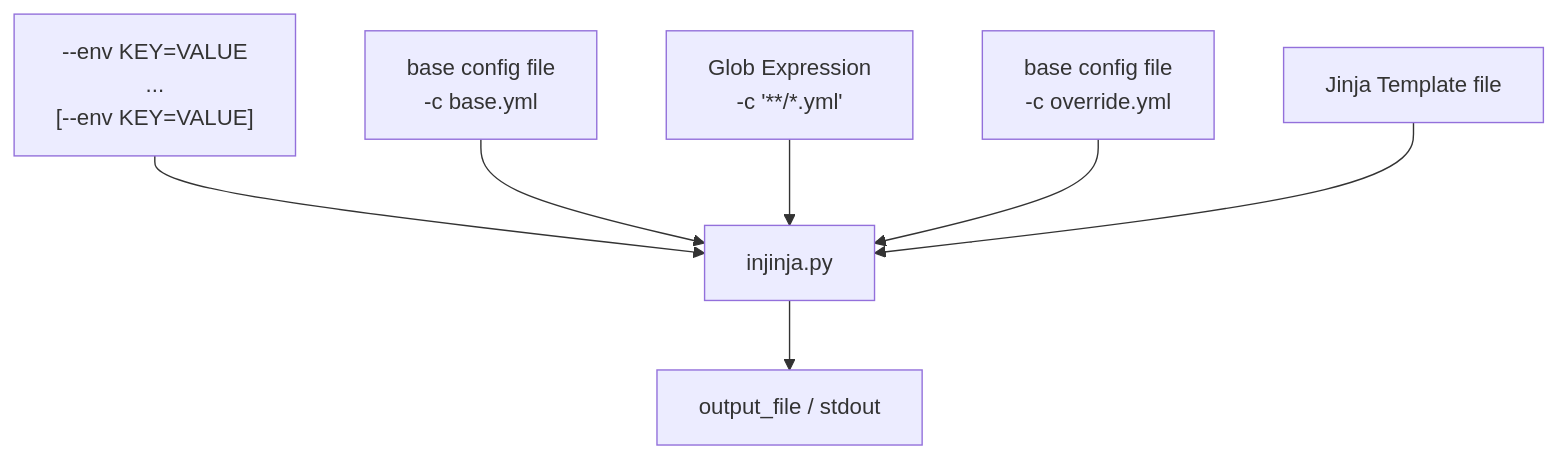
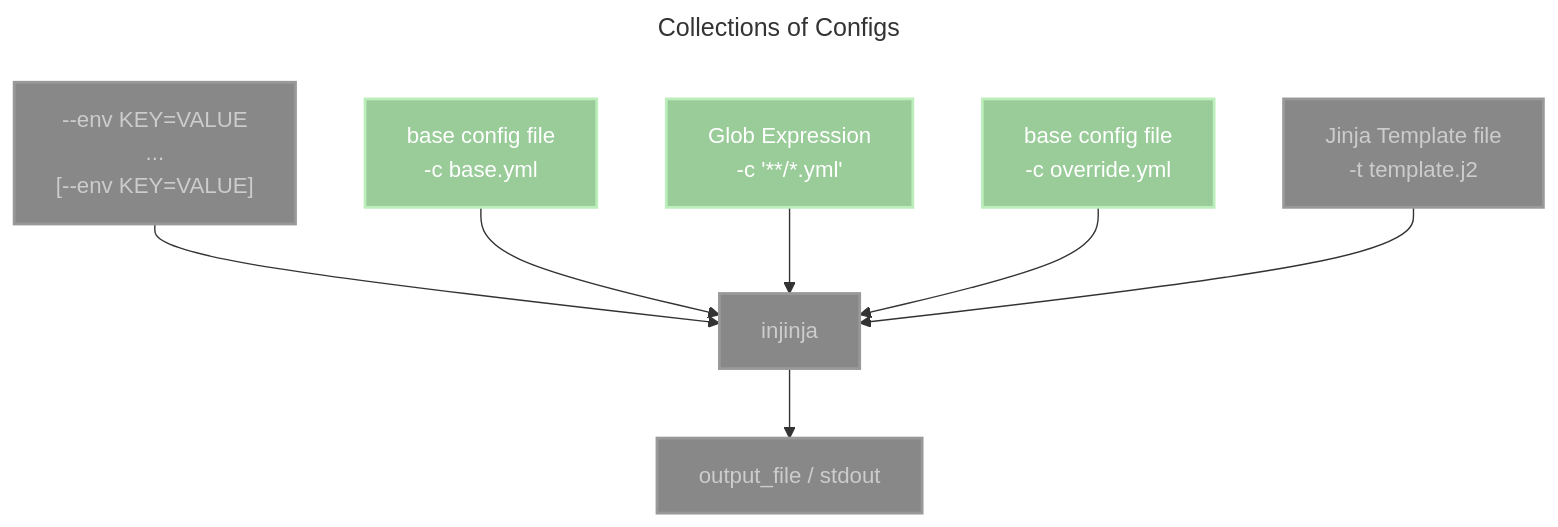
One commit to neozenith/injinja changed the diagram in diagrams/collections_of_configs.mmd. Above: the diagram before and after it, drawn with Mermaid. The commit also changed 41 other files, not shown here.

First line of the commit message:
feat: add schema validation support (JSON Schema + Pydantic) (#20)

```diff
--- a/diagrams/collections_of_configs.mmd
+++ b/diagrams/collections_of_configs.mmd
@@ -1,23 +1,34 @@
+---
+ title: Collections of Configs
+---
 flowchart TD
     output["`output_file / stdout `"]
     environment_variable["
     --env KEY=VALUE
     ...
     [--env KEY=VALUE]"]
 
     config_file["base config file 
     -c base.yml"]
     glob_expression["Glob Expression
     -c '**/*.yml'"]
     override_file["base config file 
     -c override.yml"]
 
-    template_file["Jinja Template file"]
+    template_file["Jinja Template file
+    -t template.j2"]
 
-    environment_variable --> injinja.py
-    config_file --> injinja.py
-    glob_expression --> injinja.py
-    override_file --> injinja.py
-    template_file --> injinja.py
+    environment_variable --> injinja
+    config_file --> injinja
+    glob_expression --> injinja
+    override_file --> injinja
+    template_file --> injinja
 
-    injinja.py --> output
+    injinja --> output
+
+    
+    classDef focus fill:#9c9,stroke:#beb,stroke-width:2px,color:#fff
+    classDef other fill:#888,stroke:#999,stroke-width:2px,color:#ccc
+    
+    class config_file,glob_expression,override_file focus
+    class injinja,template_file,output,environment_variable other
```
